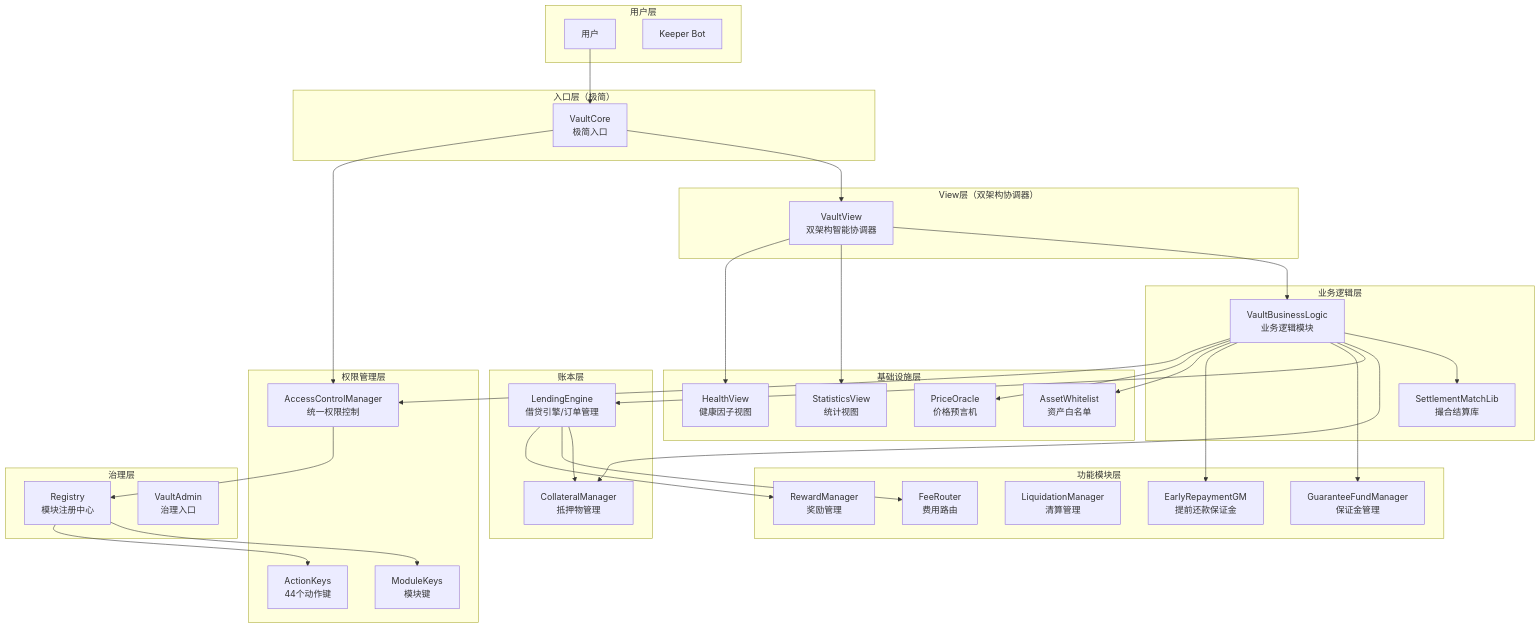
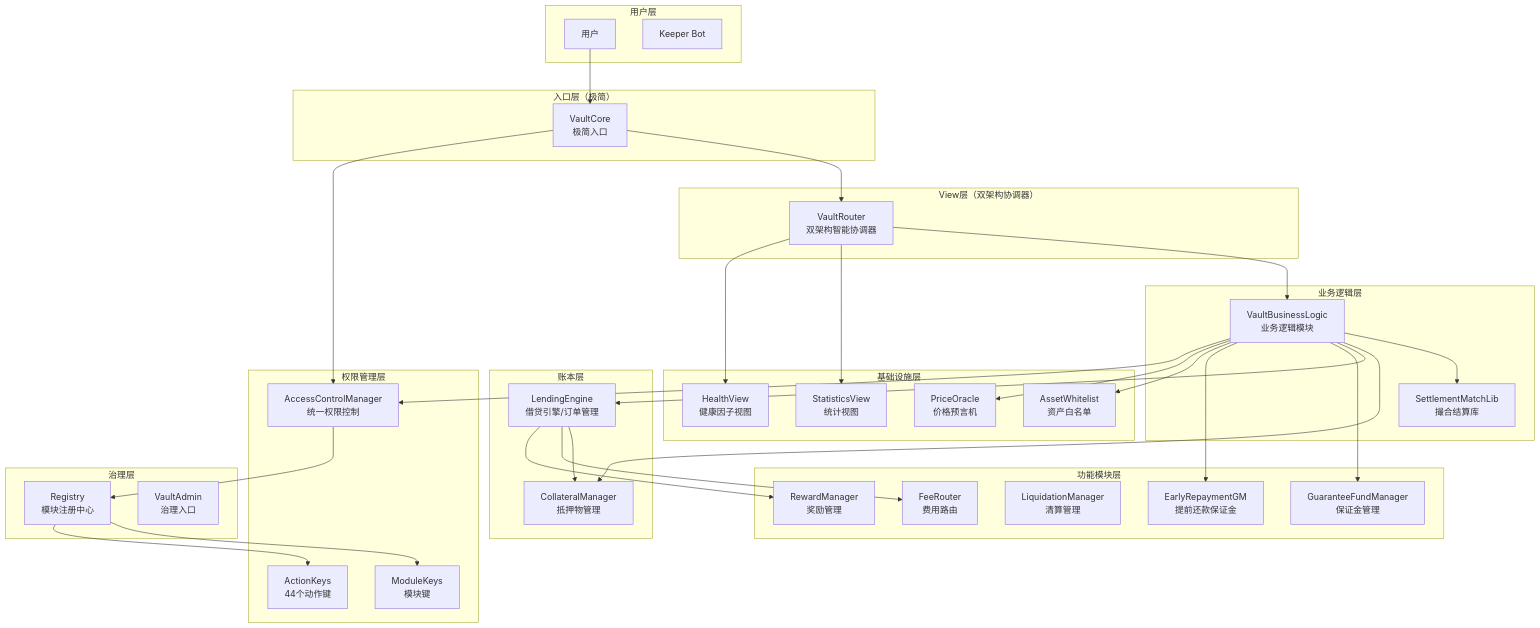
Before and after one commit to Anyawb/contracts: the first of 4 diagrams in docs/PlatformLogic.md, drawn with Mermaid. The commit also changed other lines of this file and 303 other files, not shown here.

````diff
--- a/docs/PlatformLogic.md
+++ b/docs/PlatformLogic.md
@@ -37,72 +37,72 @@
 ```mermaid
 graph TB
     subgraph "用户层"
         User[用户]
         Keeper[Keeper Bot]
     end
     
     subgraph "入口层（极简）"
         VaultCore[VaultCore<br/>极简入口]
     end
     
     subgraph "View层（双架构协调器）"
-        VaultView[VaultView<br/>双架构智能协调器]
+        VaultRouter[VaultRouter<br/>双架构智能协调器]
     end
     
     subgraph "业务逻辑层"
         VaultBusinessLogic[VaultBusinessLogic<br/>业务逻辑模块]
         SettlementMatchLib[SettlementMatchLib<br/>撮合结算库]
     end
     
     subgraph "账本层"
         CollateralManager[CollateralManager<br/>抵押物管理]
         LendingEngine[LendingEngine<br/>借贷引擎/订单管理]
     end
     
     subgraph "功能模块层"
         GuaranteeFundManager[GuaranteeFundManager<br/>保证金管理]
         EarlyRepaymentGM[EarlyRepaymentGM<br/>提前还款保证金]
         LiquidationManager[LiquidationManager<br/>清算管理]
         FeeRouter[FeeRouter<br/>费用路由]
         RewardManager[RewardManager<br/>奖励管理]
     end
     
     subgraph "基础设施层"
         AssetWhitelist[AssetWhitelist<br/>资产白名单]
         PriceOracle[PriceOracle<br/>价格预言机]
         StatisticsView[StatisticsView<br/>统计视图]
         HealthView[HealthView<br/>健康因子视图]
     end
     
     subgraph "权限管理层"
         ACM[AccessControlManager<br/>统一权限控制]
         ActionKeys[ActionKeys<br/>44个动作键]
         ModuleKeys[ModuleKeys<br/>模块键]
     end
     
     subgraph "治理层"
         Registry[Registry<br/>模块注册中心]
         VaultAdmin[VaultAdmin<br/>治理入口]
     end
     
     User --> VaultCore
-    VaultCore --> VaultView
-    VaultView --> VaultBusinessLogic
+    VaultCore --> VaultRouter
+    VaultRouter --> VaultBusinessLogic
     VaultBusinessLogic --> SettlementMatchLib
     VaultBusinessLogic --> CollateralManager
     VaultBusinessLogic --> LendingEngine
     VaultBusinessLogic --> GuaranteeFundManager
     VaultBusinessLogic --> EarlyRepaymentGM
     LendingEngine --> CollateralManager
     LendingEngine --> FeeRouter
     LendingEngine --> RewardManager
-    VaultView --> StatisticsView
-    VaultView --> HealthView
+    VaultRouter --> StatisticsView
+    VaultRouter --> HealthView
     VaultBusinessLogic --> AssetWhitelist
     VaultBusinessLogic --> PriceOracle
     VaultCore --> ACM
     VaultBusinessLogic --> ACM
     Registry --> ModuleKeys
     Registry --> ActionKeys
     ACM --> Registry
 ```
````
